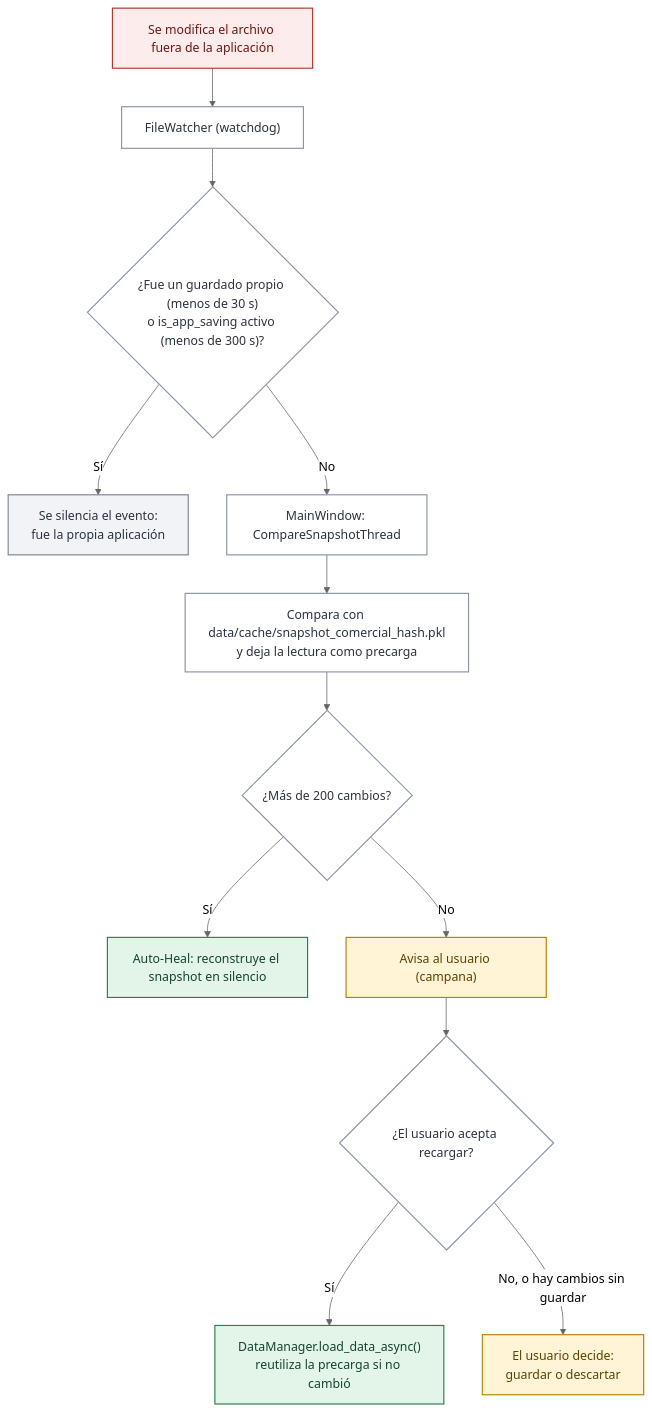
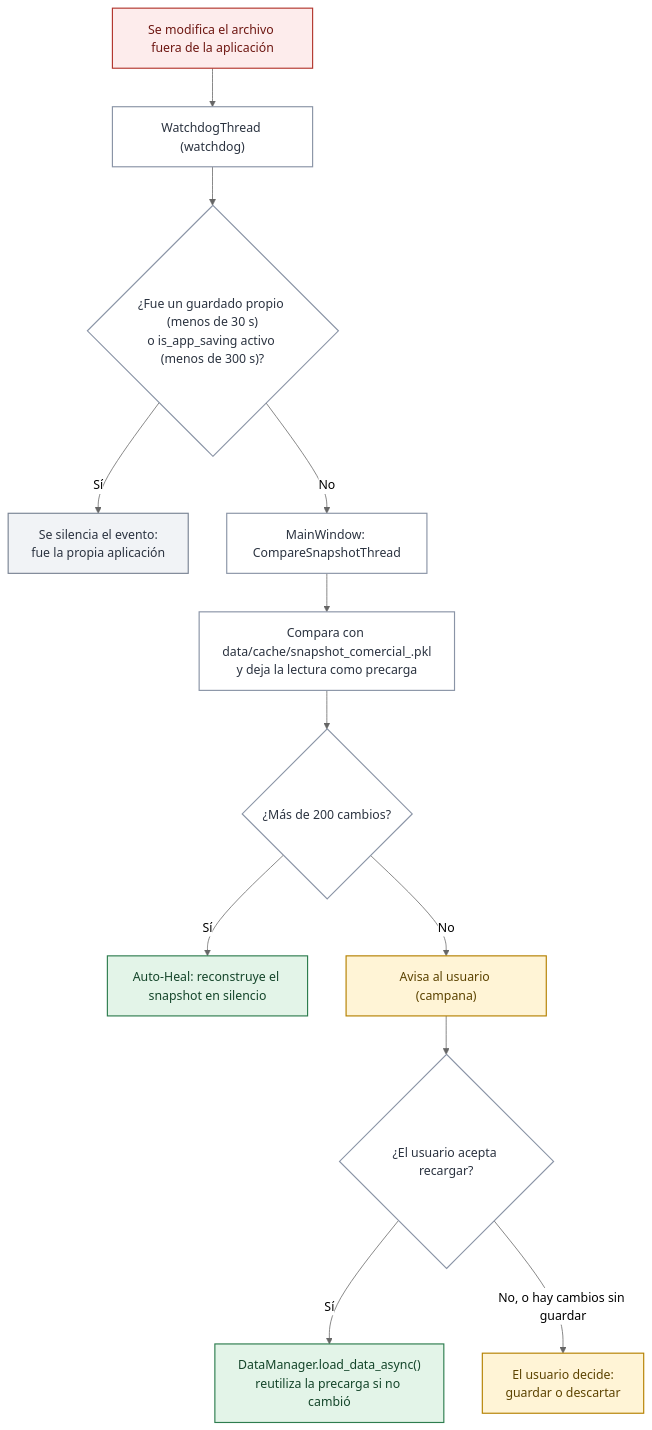
One commit to felipeMon20/PTY4614-302-EQUIPO-2 changed diagram 25 of 31 in Fase 2/Evidencias Proyecto/Evidencias de documentación/docs/08. Arquitectura Visual y Diagramas.md. Above: the diagram before and after it, drawn with Mermaid (neutral theme). The commit also changed other lines of this file and 315 other files, not shown here.

````diff
--- a/Fase 2/Evidencias Proyecto/Evidencias de documentación/docs/08. Arquitectura Visual y Diagramas.md
+++ b/Fase 2/Evidencias Proyecto/Evidencias de documentación/docs/08. Arquitectura Visual y Diagramas.md
@@ -878,22 +879,22 @@
 ```mermaid
 flowchart TD
-    A["Se modifica el archivo fuera de la aplicación"]:::alerta --> B["FileWatcher (watchdog)"]:::neutro
+    A["Se modifica el archivo fuera de la aplicación"]:::alerta --> B["WatchdogThread (watchdog)"]:::neutro
     B --> C{"¿Fue un guardado propio (menos de 30 s)<br/>o is_app_saving activo (menos de 300 s)?"}:::neutro
     C -->|Sí| D["Se silencia el evento:<br/>fue la propia aplicación"]:::archivo
     C -->|No| E["MainWindow: CompareSnapshotThread"]:::neutro
-    E --> F["Compara con data/cache/snapshot_comercial_hash.pkl<br/>y deja la lectura como precarga"]:::neutro
+    E --> F["Compara con data/cache/snapshot_comercial_<clave>.pkl<br/>y deja la lectura como precarga"]:::neutro
     F --> G{"¿Más de 200 cambios?"}:::neutro
     G -->|Sí| H["Auto-Heal: reconstruye el snapshot en silencio"]:::accion
     G -->|No| I["Avisa al usuario (campana)"]:::aviso
     I --> J{"¿El usuario acepta recargar?"}:::neutro
     J -->|Sí| K["DataManager.load_data_async()<br/>reutiliza la precarga si no cambió"]:::accion
     J -->|"No, o hay cambios sin guardar"| L["El usuario decide:<br/>guardar o descartar"]:::aviso
     classDef pantalla fill:#DCE9F8,stroke:#1B4F8F,color:#0B2A4F,stroke-width:1.5px
     classDef grupo fill:#1B4F8F,stroke:#0B2A4F,color:#FFFFFF,stroke-width:1.5px
     classDef accion fill:#E3F4E8,stroke:#2E7D4F,color:#14452A,stroke-width:1.5px
     classDef archivo fill:#F1F3F6,stroke:#7A8494,color:#2B3340,stroke-width:1.5px
     classDef externo fill:#EDE7F6,stroke:#6B4FA8,color:#3A2670,stroke-width:1.5px
     classDef alerta fill:#FDECEC,stroke:#B3372F,color:#6E1712,stroke-width:1.5px
     classDef aviso fill:#FFF4D6,stroke:#B58100,color:#5C4300,stroke-width:1.5px
     classDef neutro fill:#FFFFFF,stroke:#8A94A6,color:#2B3340,stroke-width:1.5px
 ```
````
